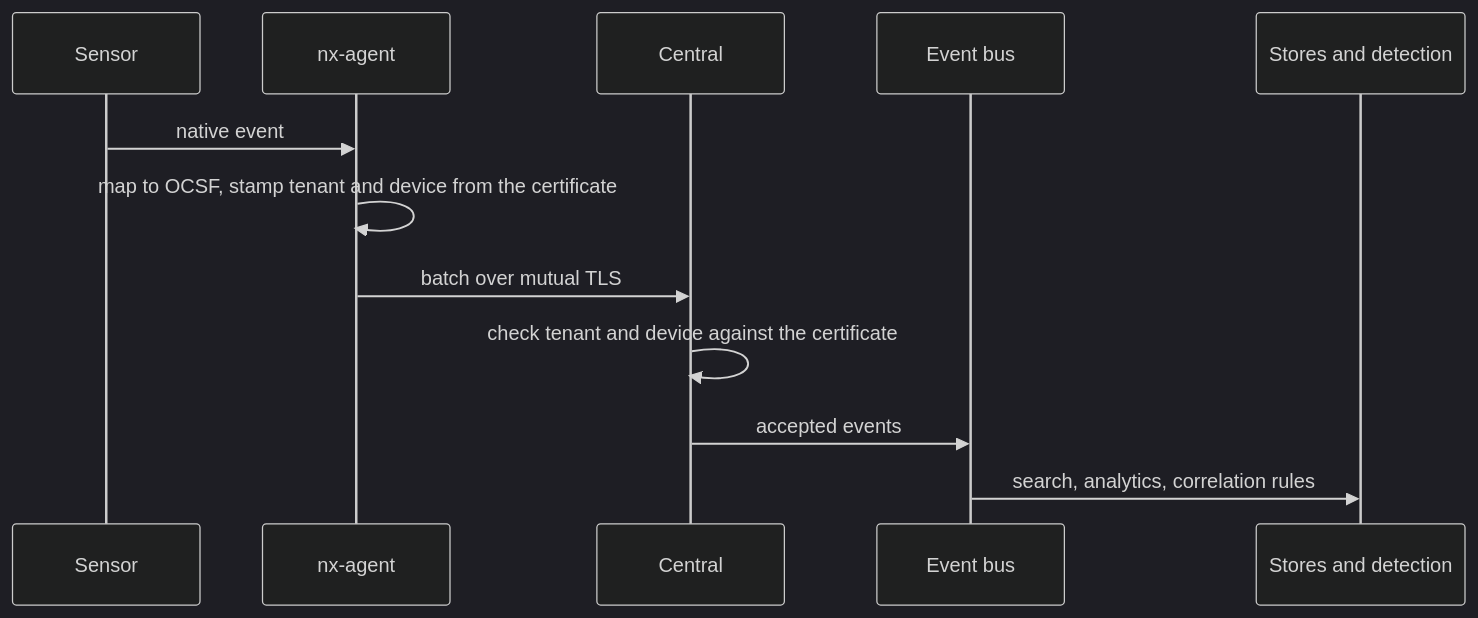
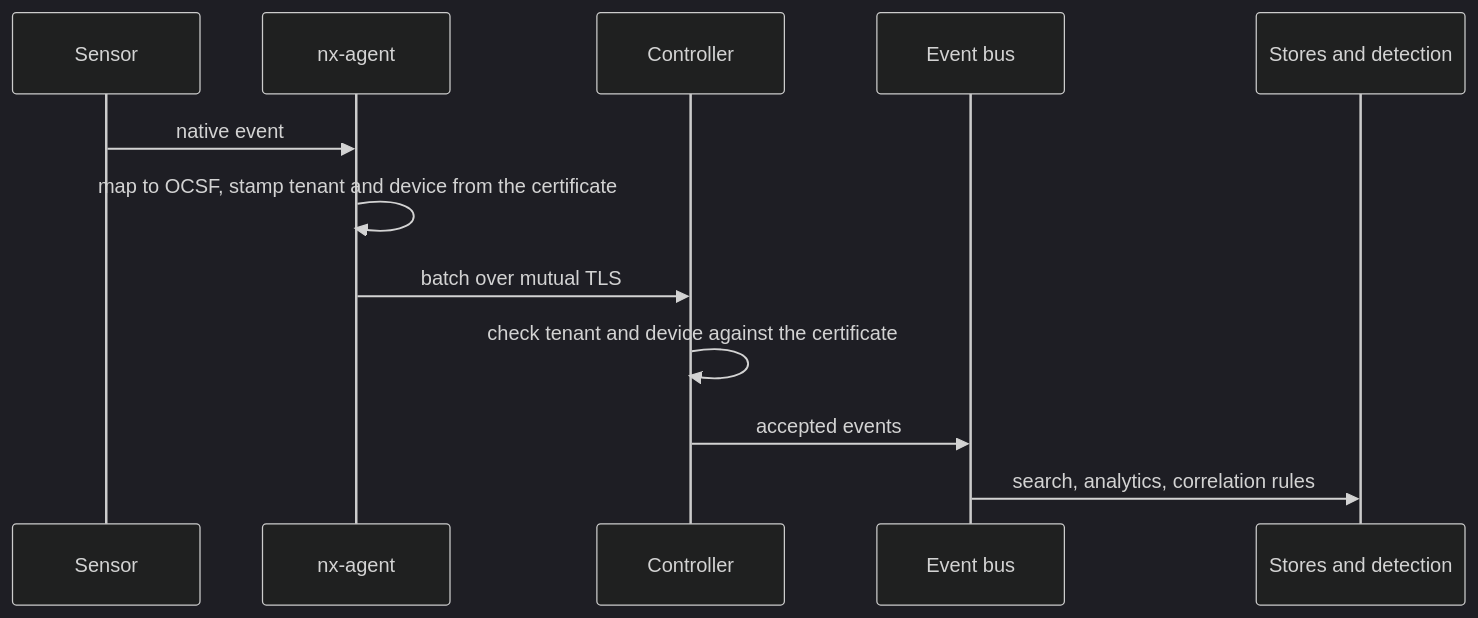
One commit to nexwall/nexwall-endpoint-doc changed the third of 3 diagrams in docs/design/architecture.md. Above: the diagram before and after it, drawn with Mermaid (dark theme). The commit also changed other lines of this file and 7 other files, not shown here.

First line of the commit message:
Design docs: Central renamed to Controller; status page updated (signed policy, sensor channel, durable queue, batch ingest, updater logic)

````diff
--- a/docs/design/architecture.md
+++ b/docs/design/architecture.md
@@ -80,14 +80,14 @@
 ```mermaid
 sequenceDiagram
   participant S as Sensor
   participant A as nx-agent
-  participant C as Central
+  participant C as Controller
   participant B as Event bus
   participant D as Stores and detection
   S->>A: native event
   A->>A: map to OCSF, stamp tenant and device from the certificate
   A->>C: batch over mutual TLS
   C->>C: check tenant and device against the certificate
   C->>B: accepted events
   B->>D: search, analytics, correlation rules
 ```
````
